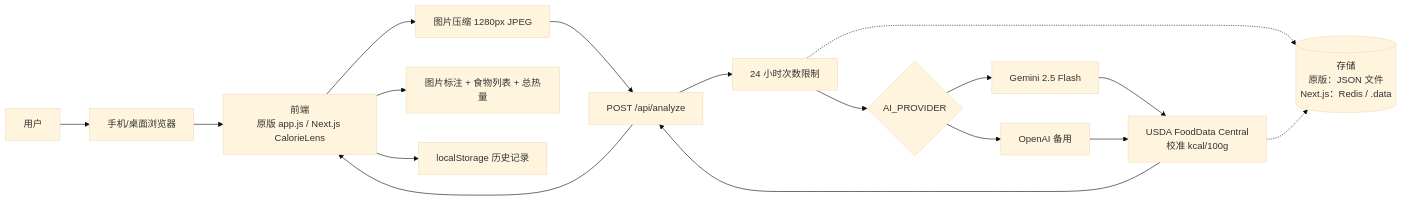
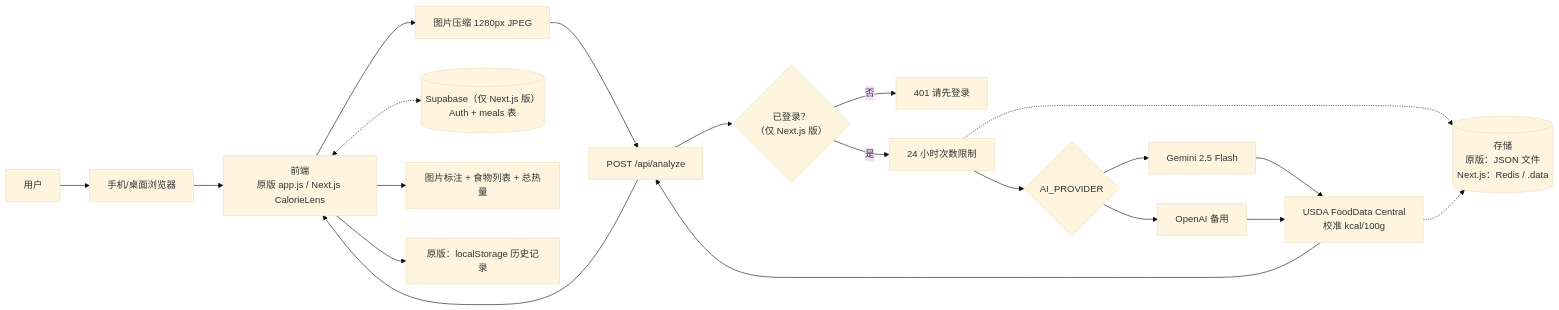
The diagram in docs/development.md (HelenCai7/calorie-lens), drawn with Mermaid (base theme) before and after one commit. The commit also changed other lines of this file and 12 other files, not shown here.

First line of the commit message:
Document Supabase auth, cloud history and stats; add Supabase agent skill

````diff
--- a/docs/development.md
+++ b/docs/development.md
@@ -70,19 +91,22 @@
 ```mermaid
 flowchart LR
   User["用户"] --> Browser["手机/桌面浏览器"]
   Browser --> Frontend["前端<br/>原版 app.js / Next.js CalorieLens"]
   Frontend --> Compress["图片压缩 1280px JPEG"]
+  Frontend <-.-> Supabase[("Supabase（仅 Next.js 版）<br/>Auth + meals 表")]
   Compress --> API["POST /api/analyze"]
-  API --> Limit["24 小时次数限制"]
+  API --> Auth{"已登录？<br/>（仅 Next.js 版）"}
+  Auth -->|否| Reject["401 请先登录"]
+  Auth -->|是| Limit["24 小时次数限制"]
   Limit --> Provider{"AI_PROVIDER"}
   Provider --> Gemini["Gemini 2.5 Flash"]
   Provider --> OpenAI["OpenAI 备用"]
   Gemini --> USDA["USDA FoodData Central<br/>校准 kcal/100g"]
   OpenAI --> USDA
   USDA --> API
   Limit -.-> Store[("存储<br/>原版：JSON 文件<br/>Next.js：Redis / .data")]
   USDA -.-> Store
   API --> Frontend
   Frontend --> UI["图片标注 + 食物列表 + 总热量"]
-  Frontend --> LocalStorage["localStorage 历史记录"]
+  Frontend --> LocalStorage["原版：localStorage 历史记录"]
 ```
````
